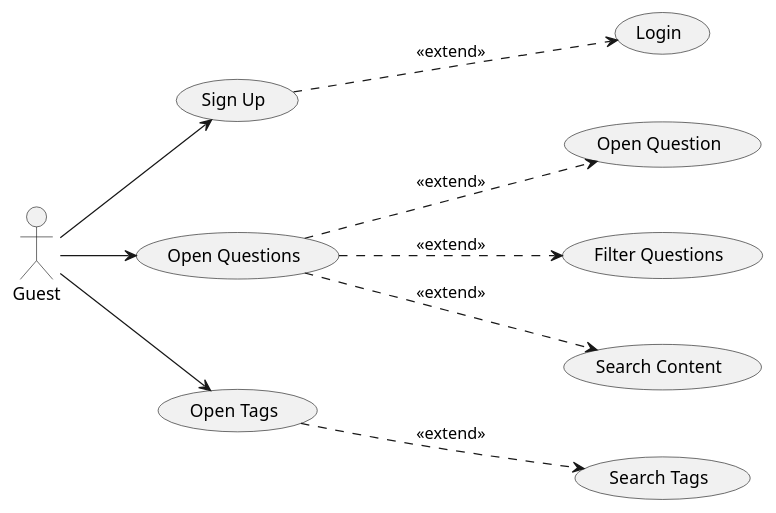
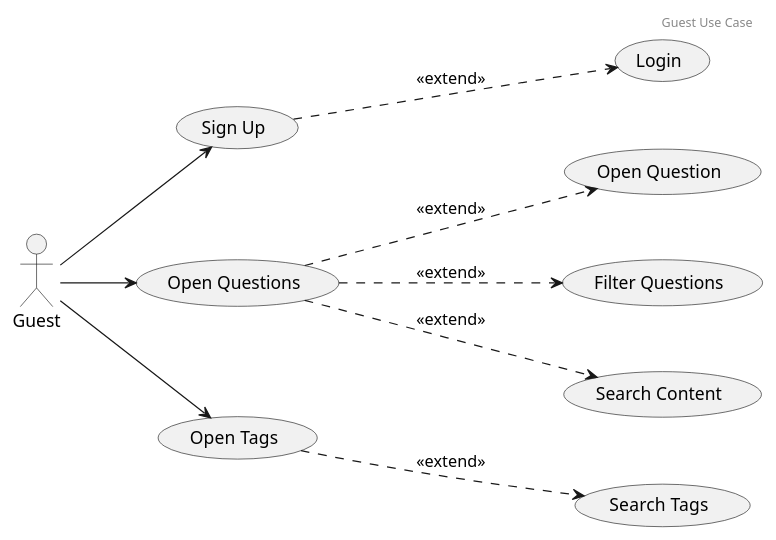
Before and after one commit to rafaelacirino/miw-backend-foro: the diagram in src/main/resources/templates/casosDeUsoGuest.plantuml, drawn with PlantUML. The commit also changed 20 other files, not shown here.

Commit message:
adding more diagrams

```diff
--- a/src/main/resources/templates/casosDeUsoGuest.plantuml
+++ b/src/main/resources/templates/casosDeUsoGuest.plantuml
@@ -1,28 +1,31 @@
 @startuml
+
+header Guest Use Case
+
 
 actor Guest
 
 left to right direction
 
 (Login) as UC1
 (Sign Up) as UC3
 
 (Open Question) as UC7
 (Open Questions) as UC11
 (Filter Questions) as UC12
 
 (Search Content) as UC25
 (Open Tags) as UC26
 (Search Tags) as UC27
 
 UC3 .-down-> UC1 : <<extend>>
 UC11 .-down-> UC7 : <<extend>>
 UC11 .-down-> UC12 : <<extend>>
 UC11 .-down-> UC25 : <<extend>>
 UC26 .-down-> UC27 : <<extend>>
 
 Guest --> UC11
 Guest --> UC3
 Guest --> UC26
 
 @enduml
```
